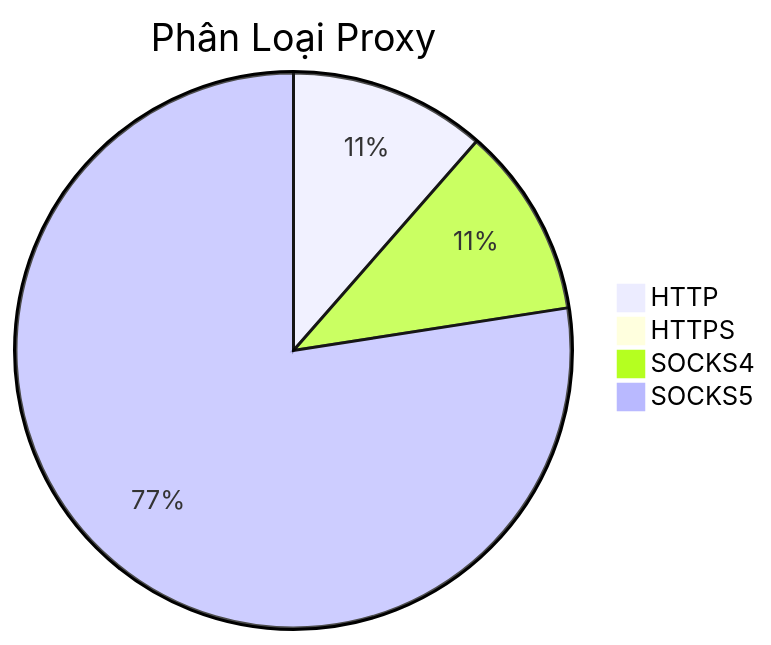
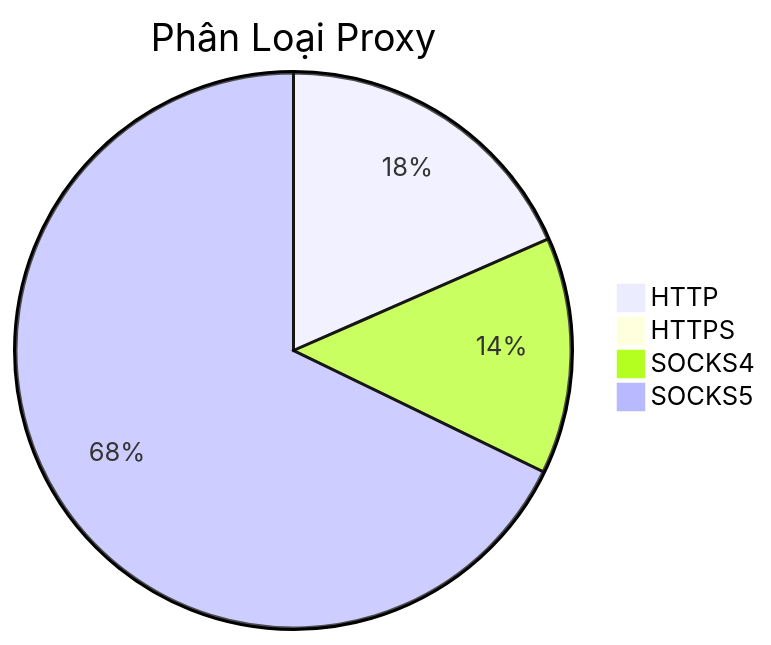
The diagram in README.md (Ciara-Aa/PROXY-free), drawn with Mermaid before and after one commit. The commit also changed other lines of this file and 4 other files, not shown here.

````diff
--- a/README.md
+++ b/README.md
@@ -26,7 +26,7 @@
 ```mermaid
 pie title Phân Loại Proxy
-    "HTTP" : 410
-    "HTTPS" : 19
-    "SOCKS4" : 398
-    "SOCKS5" : 2776
+    "HTTP" : 557
+    "HTTPS" : 11
+    "SOCKS4" : 416
+    "SOCKS5" : 2049
 ```
````
